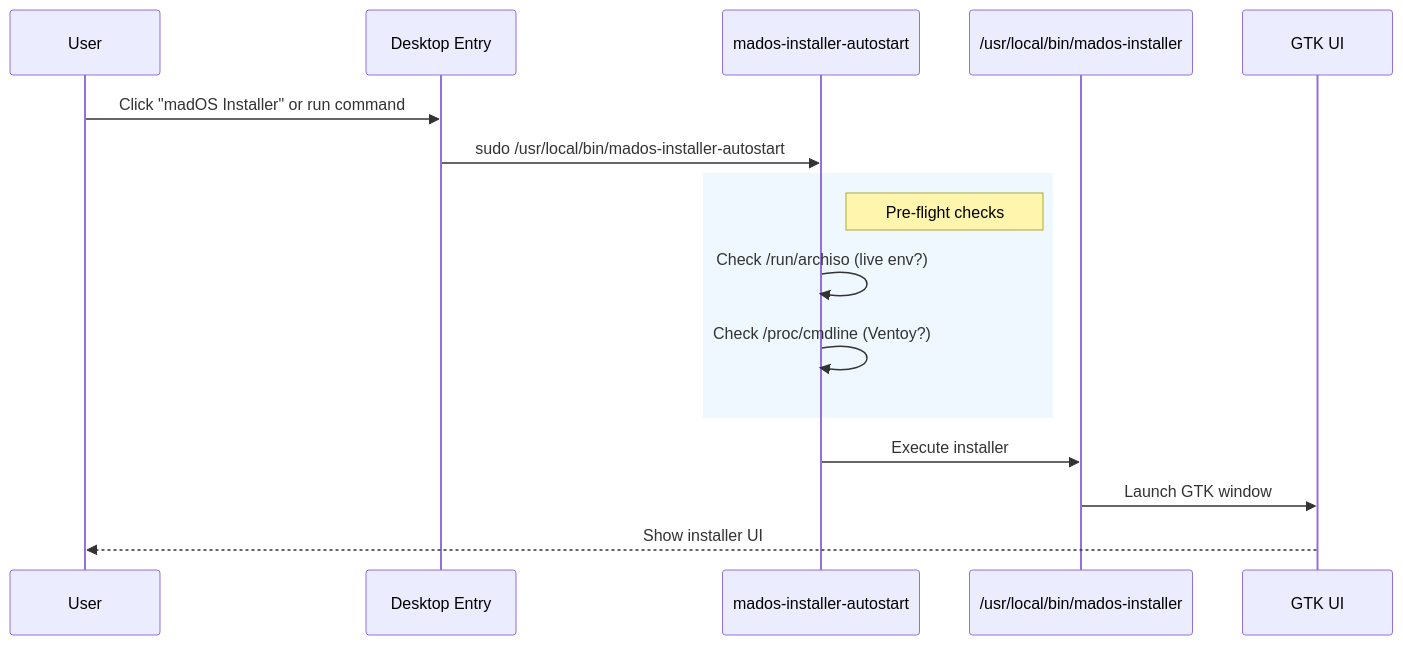
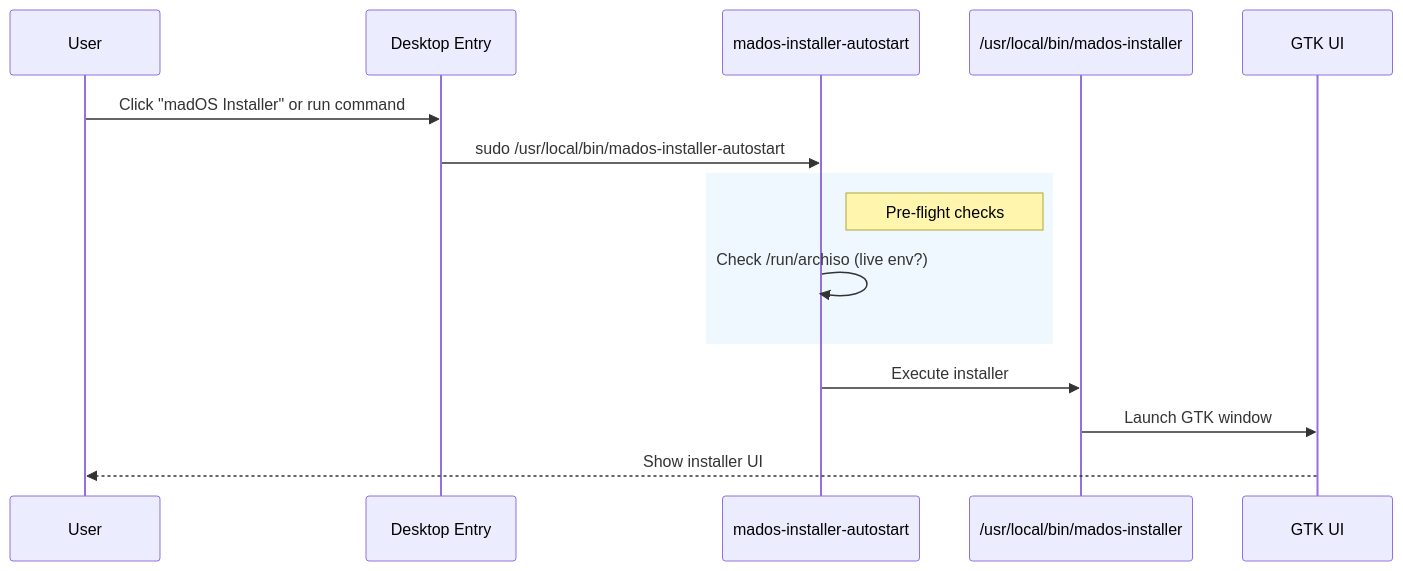
Before and after one commit to madoslinux/mad-os: the third of 4 diagrams in docs/SEQUENCE_DIAGRAMS.md, drawn with Mermaid. The commit also changed other lines of this file and 83 other files, not shown here.

````diff
--- a/docs/SEQUENCE_DIAGRAMS.md
+++ b/docs/SEQUENCE_DIAGRAMS.md
@@ -66,21 +64,20 @@
 ```mermaid
 sequenceDiagram
     participant U as User
     participant D as Desktop Entry
     participant A as mados-installer-autostart
     participant I as /usr/local/bin/mados-installer
     participant G as GTK UI
 
     U->>D: Click "madOS Installer" or run command
     D->>A: sudo /usr/local/bin/mados-installer-autostart
     
     rect rgb(240, 248, 255)
         note right of A: Pre-flight checks
         A->>A: Check /run/archiso (live env?)
-        A->>A: Check /proc/cmdline (Ventoy?)
     end
 
     A->>I: Execute installer
     I->>G: Launch GTK window
     G-->>U: Show installer UI
 ```
````
